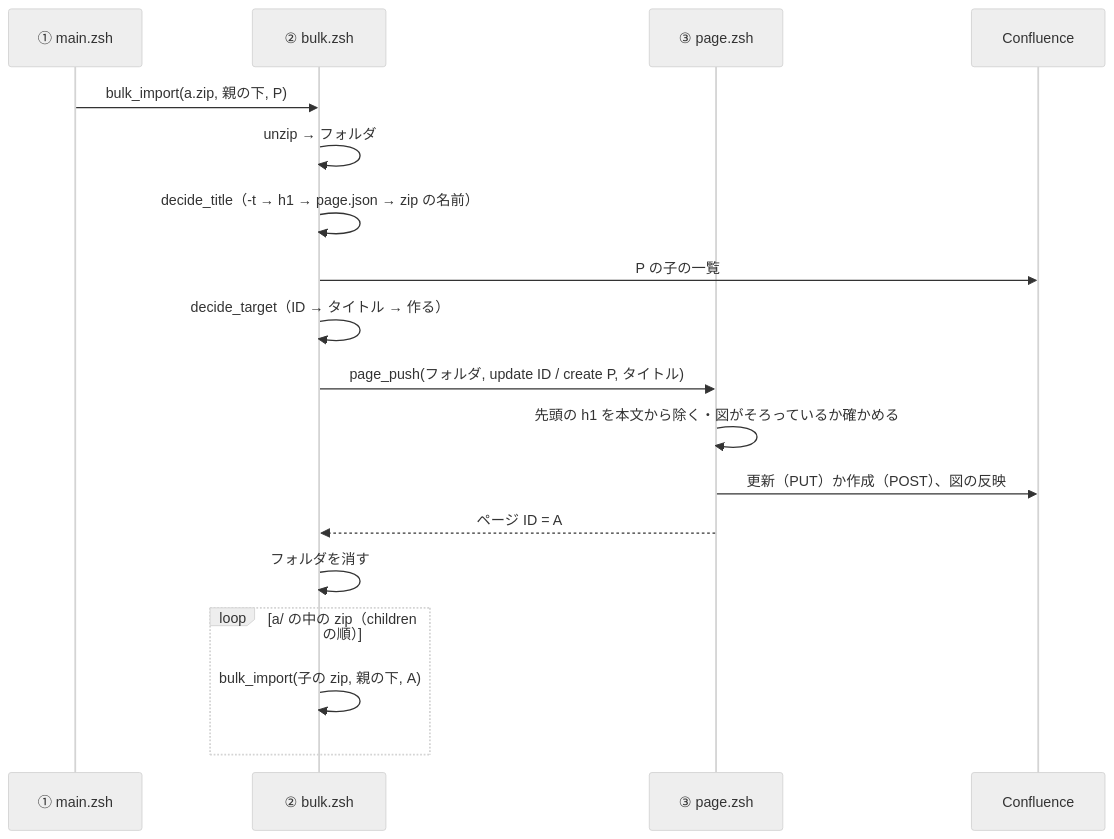
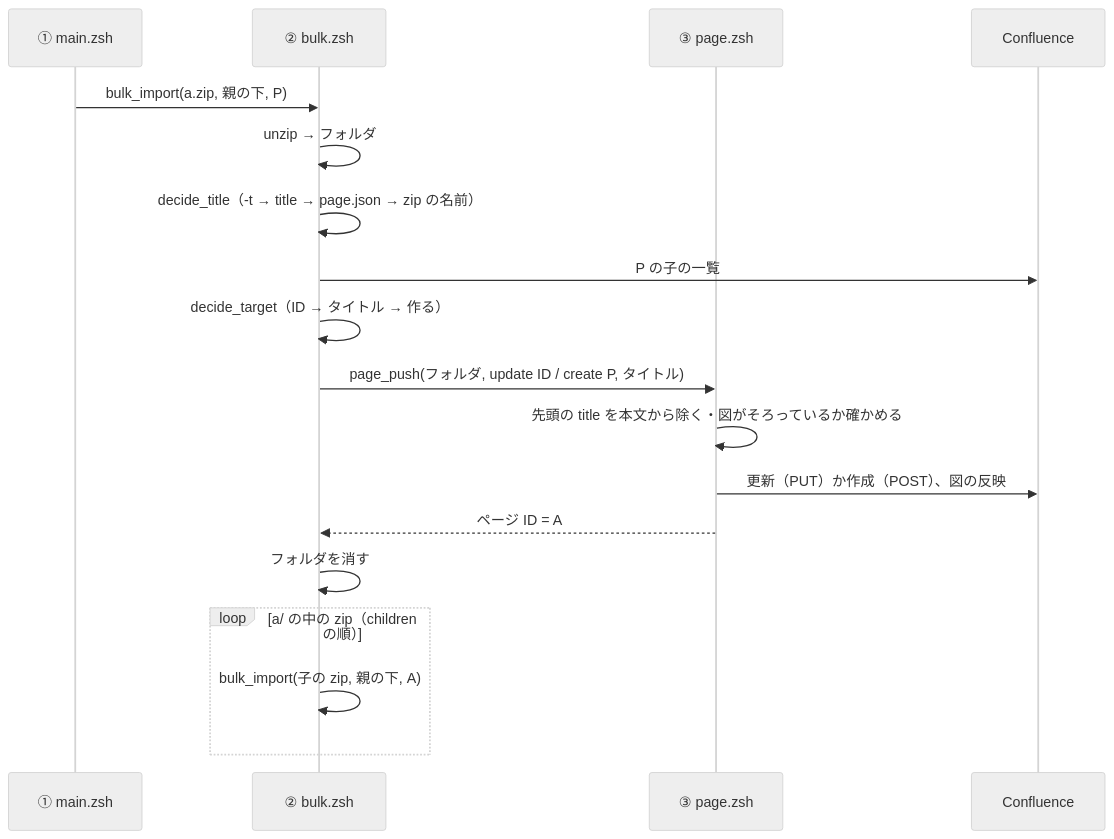
One commit to cr1315/.rayrc changed the fifth of 6 diagrams in src/80_confluence/refactoring.md. Above: the diagram before and after it, drawn with Mermaid (neutral theme). The commit also changed other lines of this file and 3 other files, not shown here.

````diff
--- a/src/80_confluence/refactoring.md
+++ b/src/80_confluence/refactoring.md
@@ -152,20 +166,20 @@
 ```mermaid
 sequenceDiagram
     participant CLI as ① main.zsh
     participant B as ② bulk.zsh
     participant P as ③ page.zsh
     participant C as Confluence
     CLI->>B: bulk_import(a.zip, 親の下, P)
     B->>B: unzip → フォルダ
-    B->>B: decide_title（-t → h1 → page.json → zip の名前）
+    B->>B: decide_title（-t → title → page.json → zip の名前）
     B->>C: P の子の一覧
     B->>B: decide_target（ID → タイトル → 作る）
     B->>P: page_push(フォルダ, update ID / create P, タイトル)
-    P->>P: 先頭の h1 を本文から除く・図がそろっているか確かめる
+    P->>P: 先頭の title を本文から除く・図がそろっているか確かめる
     P->>C: 更新（PUT）か作成（POST）、図の反映
     P-->>B: ページ ID = A
     B->>B: フォルダを消す
     loop a/ の中の zip（children の順）
         B->>B: bulk_import(子の zip, 親の下, A)
     end
 ```
````
